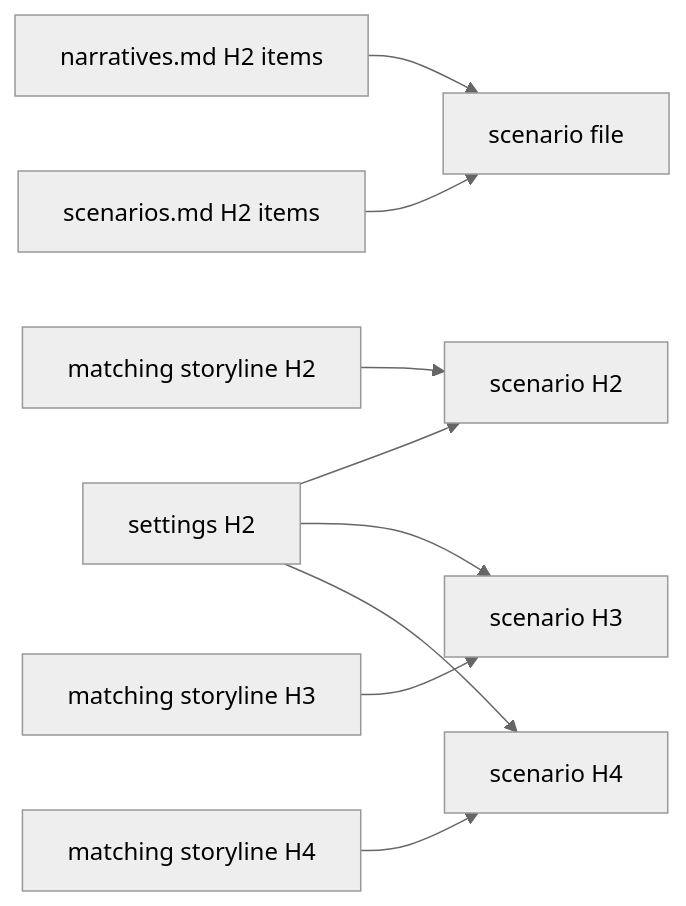
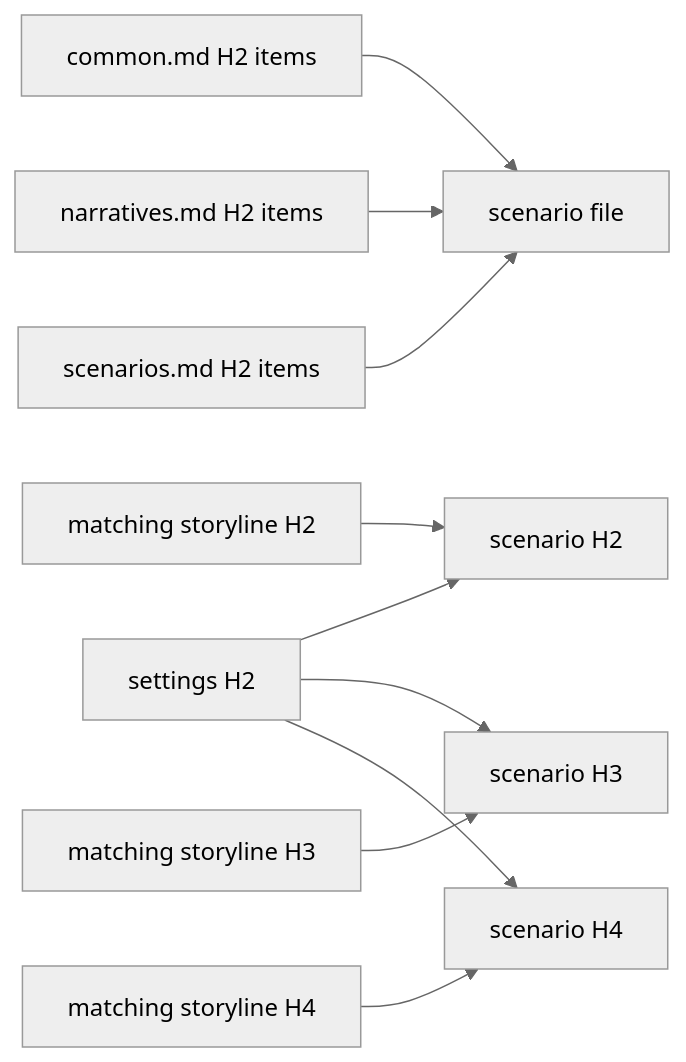
One commit to samchon/novels changed the diagram in .agents/skills/novel/scenarios.md. Above: the diagram before and after it, drawn with Mermaid (neutral theme). The commit also changed other lines of this file and 14 other files, not shown here.

````diff
--- a/.agents/skills/novel/scenarios.md
+++ b/.agents/skills/novel/scenarios.md
@@ -13,11 +13,12 @@
 ```mermaid
 flowchart LR
-  PC["narratives.md H2 items"] --> CF["scenario file"]
+  CM["common.md H2 items"] --> CF["scenario file"]
+  PC["narratives.md H2 items"] --> CF
   PL["scenarios.md H2 items"] --> CF
   F["settings H2"] --> C2["scenario H2"]
   F --> C3["scenario H3"]
   F --> C4["scenario H4"]
   T2["matching storyline H2"] --> C2
   T3["matching storyline H3"] --> C3
   T4["matching storyline H4"] --> C4
 ```
````
